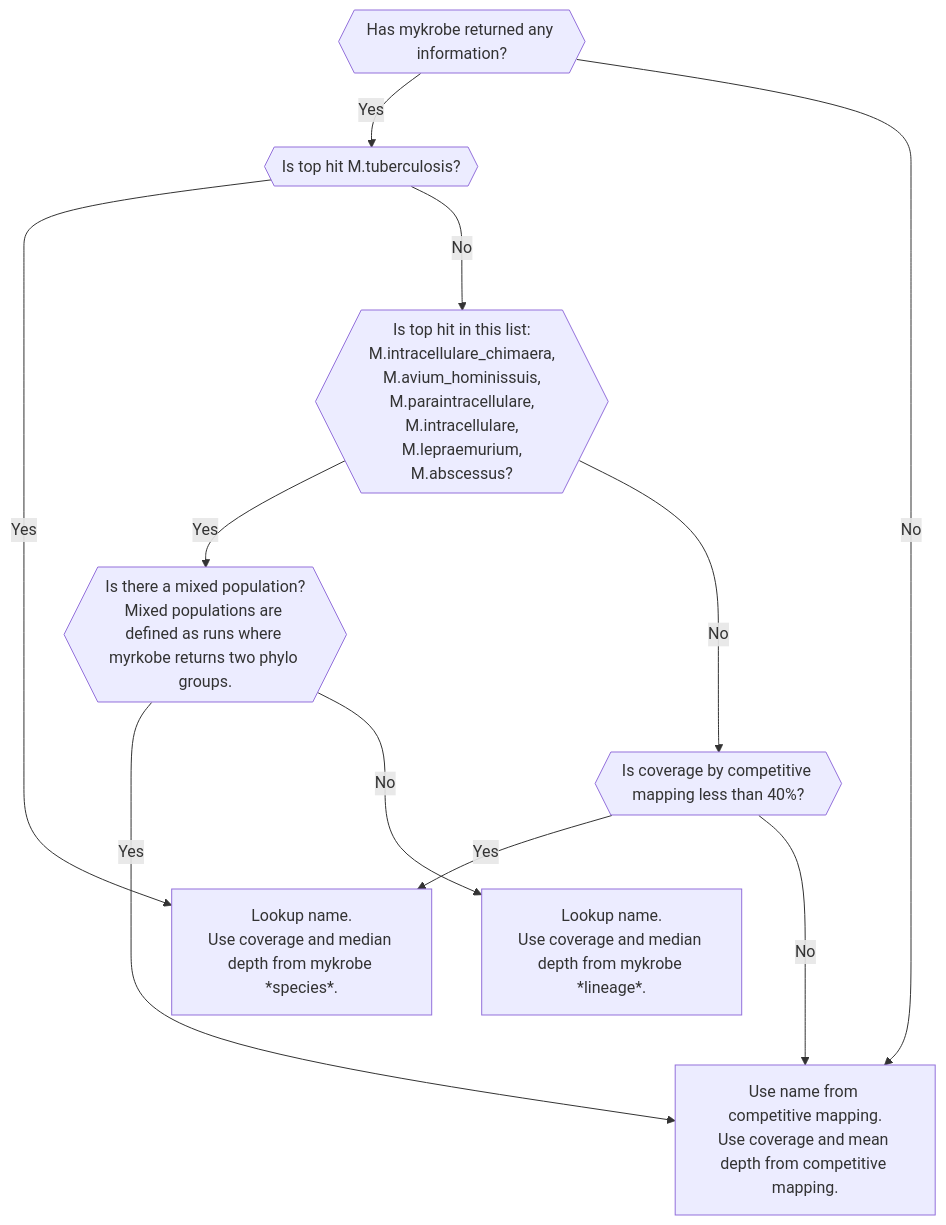
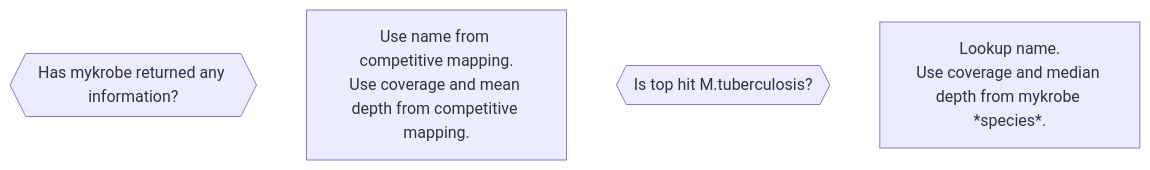
The diagram in speciation.md (softwaremmm/summary_pipeline), drawn with Mermaid before and after one commit.

Commit message:
docs: check mermaid

````diff
--- a/speciation.md
+++ b/speciation.md
@@ -21,33 +21,11 @@
 ```mermaid
 graph TD;
     MYKROBE_RETURN{{Has mykrobe returned any information?}};
 
     ALL_CM[Use name from competitive mapping.<br/>Use coverage and mean depth from competitive mapping.];
 
     TOPHIT_TB{{Is top hit M.tuberculosis?}};
 
     MYKROBE_SPECIES[Lookup name.<br/>Use coverage and median depth from mykrobe *species*.];
 
-    TOPHIT_SPECIAL_NTM{{Is top hit in this list:<br/>M.intracellulare_chimaera,
-    M.avium_hominissuis,<br/>M.paraintracellulare,<br/>M.intracellulare,<br/>M.lepraemurium,<br/>M.abscessus?}};
-
-    MIXED{{Is there a mixed population?<br/>Mixed populations are defined as runs where myrkobe returns two phylo groups.}};
-
-    PROCESS_SPECIAL_NTM_UNMIXED[Lookup name.<br/>Use coverage and median depth from mykrobe *lineage*.];
-
-    LOW_COV{{Is coverage by competitive mapping less than 40%?}};
-
-    MYKROBE_RETURN--Yes-->TOPHIT_TB;
-    MYKROBE_RETURN--Noo-->ALL_CM;
-
-    TOPHIT_TB--Yes-->MYKROBE_SPECIES;
-    TOPHIT_TB--Noo-->TOPHIT_SPECIAL_NTM;
-
-    TOPHIT_SPECIAL_NTM--Yes-->MIXED;
-    MIXED--Yes-->ALL_CM;
-    MIXED--Noo-->PROCESS_SPECIAL_NTM_UNMIXED;
-    TOPHIT_SPECIAL_NTM--Noo-->LOW_COV;
-
-    LOW_COV--Yes-->MYKROBE_SPECIES;
-    LOW_COV--Noo-->ALL_CM;
 ```
````
